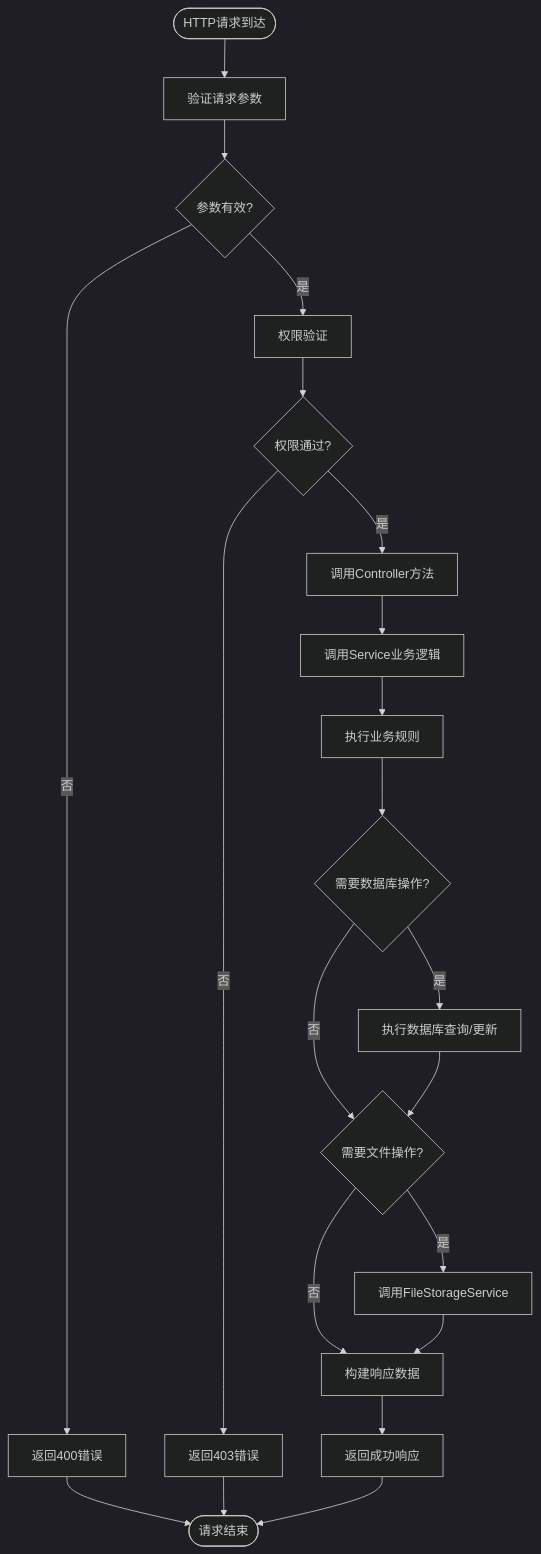
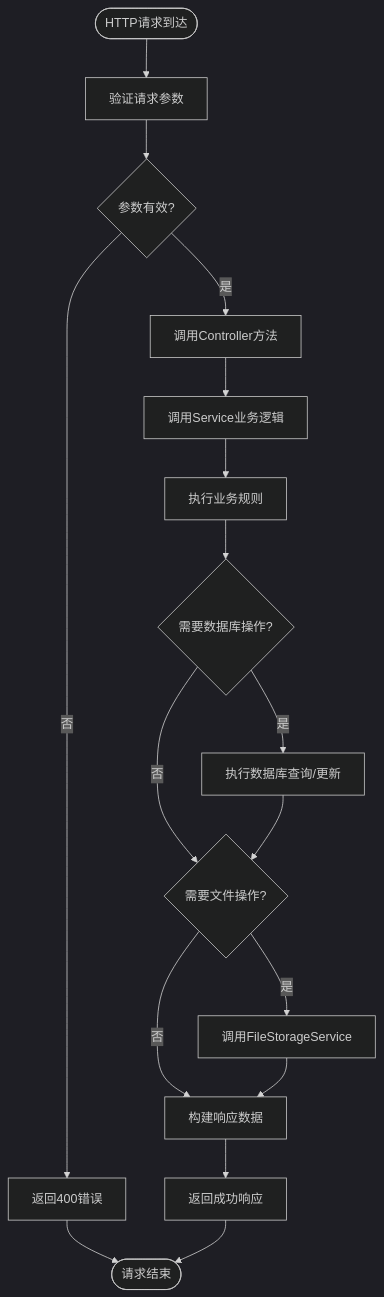
One commit to QoderZcy/zcyTest2 changed the fourth of 7 diagrams in .qoder/repowiki/zh/content/架构设计/架构设计.md. Above: the diagram before and after it, drawn with Mermaid (dark theme). The commit also changed other lines of this file and 10 other files, not shown here.

````diff
--- a/.qoder/repowiki/zh/content/架构设计/架构设计.md
+++ b/.qoder/repowiki/zh/content/架构设计/架构设计.md
@@ -309,23 +313,19 @@
 ```mermaid
 flowchart TD
 Start([HTTP请求到达]) --> ValidateReq["验证请求参数"]
 ValidateReq --> ParamValid{"参数有效?"}
 ParamValid --> |否| BadRequest["返回400错误"]
-ParamValid --> |是| AuthCheck["权限验证"]
-AuthCheck --> AuthValid{"权限通过?"}
-AuthValid --> |否| Forbidden["返回403错误"]
-AuthValid --> |是| ControllerCall["调用Controller方法"]
+ParamValid --> |是| ControllerCall["调用Controller方法"]
 ControllerCall --> ServiceCall["调用Service业务逻辑"]
 ServiceCall --> BusinessLogic["执行业务规则"]
 BusinessLogic --> RepoOp{"需要数据库操作?"}
 RepoOp --> |是| DBQuery["执行数据库查询/更新"]
 RepoOp --> |否| FileOp{"需要文件操作?"}
 DBQuery --> FileOp
 FileOp --> |是| FileStorage["调用FileStorageService"]
 FileOp --> |否| BuildResponse["构建响应数据"]
 FileStorage --> BuildResponse
 BuildResponse --> Success["返回成功响应"]
 BadRequest --> End([请求结束])
-Forbidden --> End
 Success --> End
 ```
````
